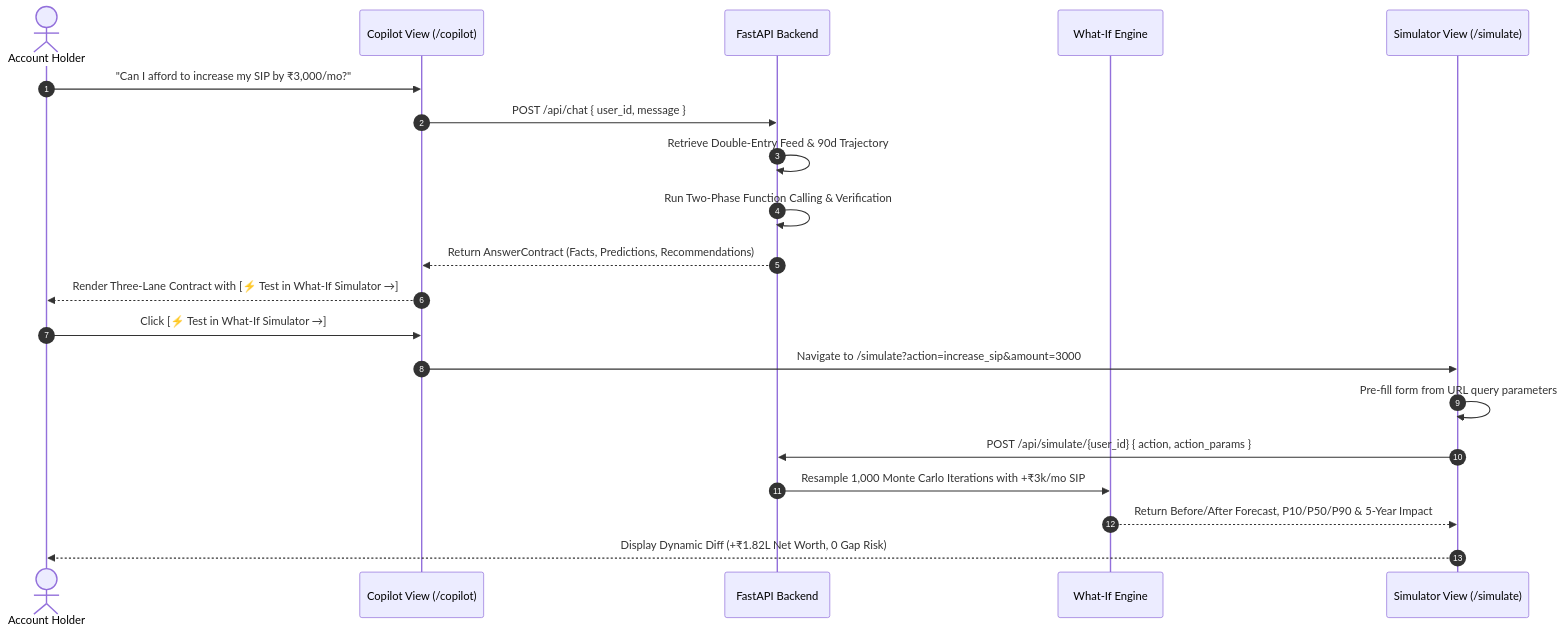
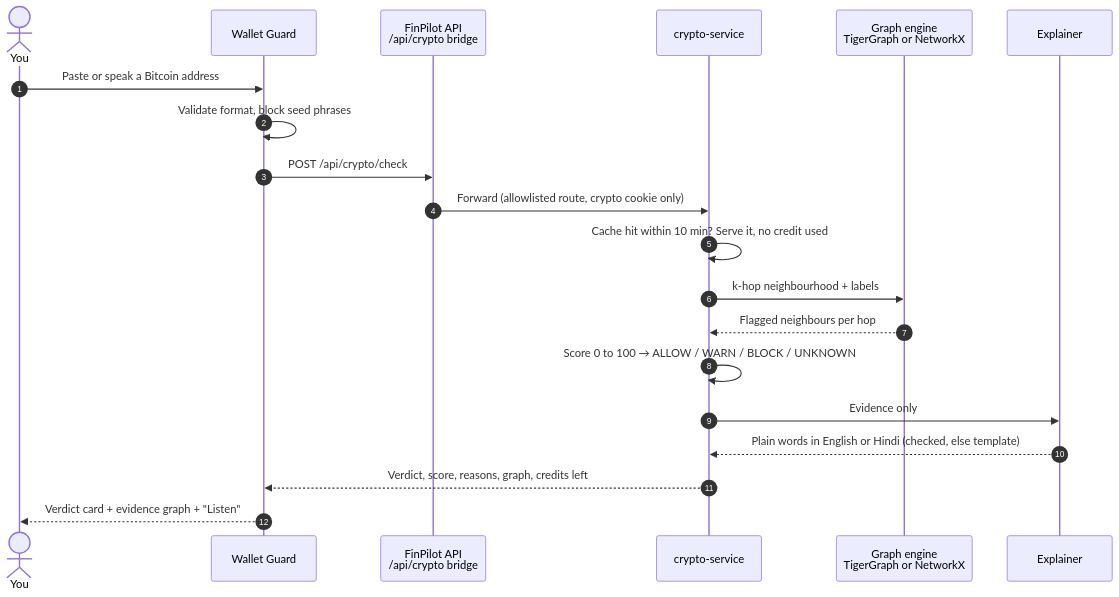
One commit to madhavzanwar/crypt-pilot changed the second of 3 diagrams in README.md. Above: the diagram before and after it, drawn with Mermaid. The commit also changed other lines of this file and 10 other files, not shown here.

First line of the commit message:
README: showcase video, teaser, real screenshots and interactive architecture

````diff
--- a/README.md
+++ b/README.md
@@ -175,23 +279,23 @@
 ```mermaid
 sequenceDiagram
     autonumber
-    actor User as Account Holder
-    participant Copilot as Copilot View (/copilot)
-    participant Backend as FastAPI Backend
-    participant SimEngine as What-If Engine
-    participant Simulator as Simulator View (/simulate)
+    actor You
+    participant WG as Wallet Guard
+    participant API as FinPilot API<br/>/api/crypto bridge
+    participant CS as crypto-service
+    participant G as Graph engine<br/>TigerGraph or NetworkX
+    participant X as Explainer
 
-    User->>Copilot: "Can I afford to increase my SIP by ₹3,000/mo?"
-    Copilot->>Backend: POST /api/chat { user_id, message }
-    Backend->>Backend: Retrieve Double-Entry Feed & 90d Trajectory
-    Backend->>Backend: Run Two-Phase Function Calling & Verification
-    Backend-->>Copilot: Return AnswerContract (Facts, Predictions, Recommendations)
-    Copilot-->>User: Render Three-Lane Contract with [⚡ Test in What-If Simulator →]
-    User->>Copilot: Click [⚡ Test in What-If Simulator →]
-    Copilot->>Simulator: Navigate to /simulate?action=increase_sip&amount=3000
-    Simulator->>Simulator: Pre-fill form from URL query parameters
-    Simulator->>Backend: POST /api/simulate/{user_id} { action, action_params }
-    Backend->>SimEngine: Resample 1,000 Monte Carlo Iterations with +₹3k/mo SIP
-    SimEngine-->>Simulator: Return Before/After Forecast, P10/P50/P90 & 5-Year Impact
-    Simulator-->>User: Display Dynamic Diff (+₹1.82L Net Worth, 0 Gap Risk)
+    You->>WG: Paste or speak a Bitcoin address
+    WG->>WG: Validate format, block seed phrases
+    WG->>API: POST /api/crypto/check
+    API->>CS: Forward (allowlisted route, crypto cookie only)
+    CS->>CS: Cache hit within 10 min? Serve it, no credit used
+    CS->>G: k-hop neighbourhood + labels
+    G-->>CS: Flagged neighbours per hop
+    CS->>CS: Score 0 to 100 → ALLOW / WARN / BLOCK / UNKNOWN
+    CS->>X: Evidence only
+    X-->>CS: Plain words in English or Hindi (checked, else template)
+    CS-->>WG: Verdict, score, reasons, graph, credits left
+    WG-->>You: Verdict card + evidence graph + "Listen"
 ```
````
